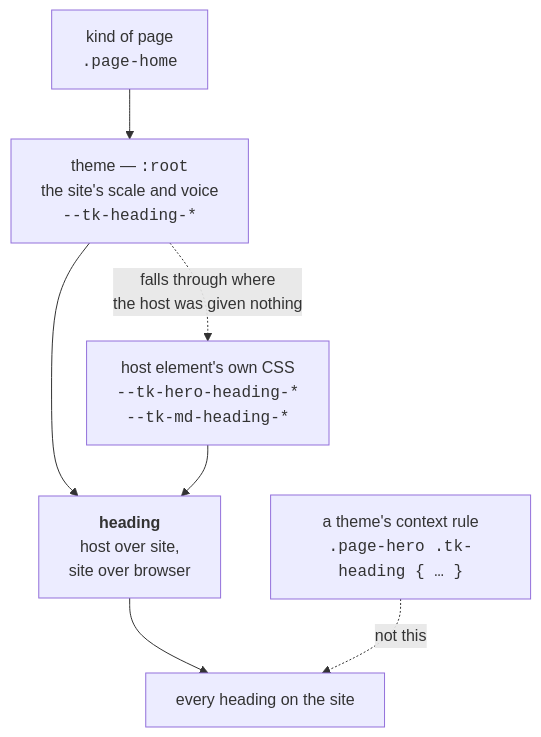
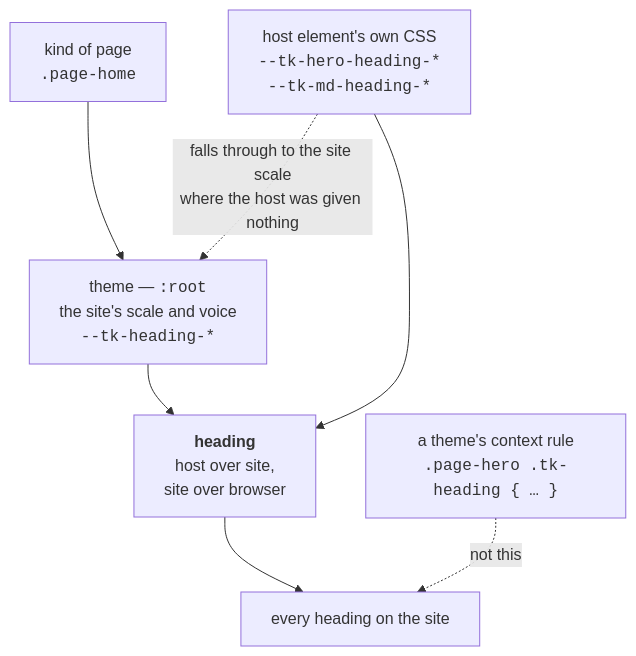
Before and after one commit to thymekit/thymekit: the fourth of 6 diagrams in README.md, drawn with Mermaid. The commit also changed other lines of this file and 81 other files, not shown here.

````diff
--- a/README.md
+++ b/README.md
@@ -298,9 +565,9 @@
 ```mermaid
 flowchart TD
     T["theme — <code>:root</code><br/>the site's scale and voice<br/><code>--tk-heading-*</code>"] --> H["<b>heading</b><br/>host over site,<br/>site over browser"]
     K["kind of page<br/><code>.page-home</code>"] --> T
     HO["host element's own CSS<br/><code>--tk-hero-heading-*</code><br/><code>--tk-md-heading-*</code>"] --> H
-    T -.->|falls through where<br/>the host was given nothing| HO
+    HO -.->|"falls through to the site scale<br/>where the host was given nothing"| T
     H --> R["every heading on the site"]
     X["a theme's context rule<br/><code>.page-hero .tk-heading { … }</code>"] -.->|not this| R
 ```
````
